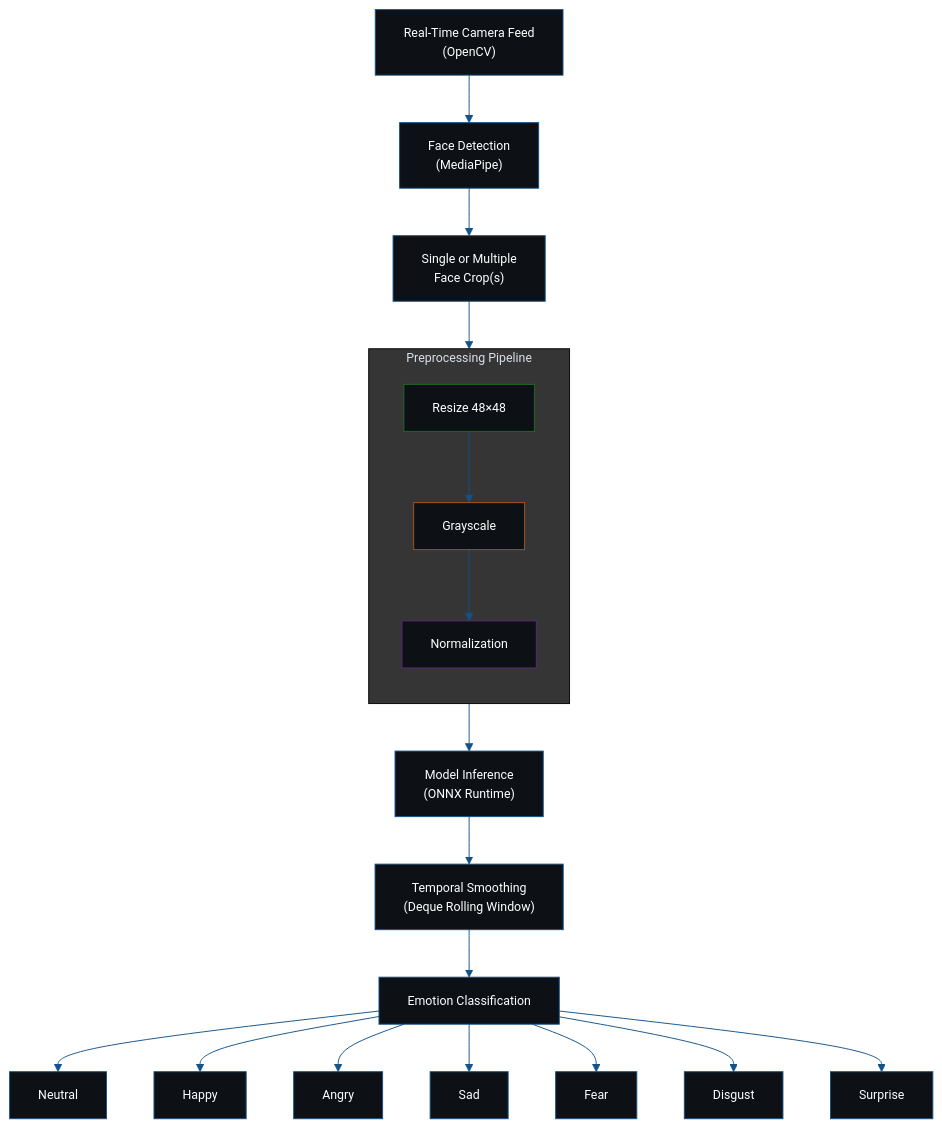
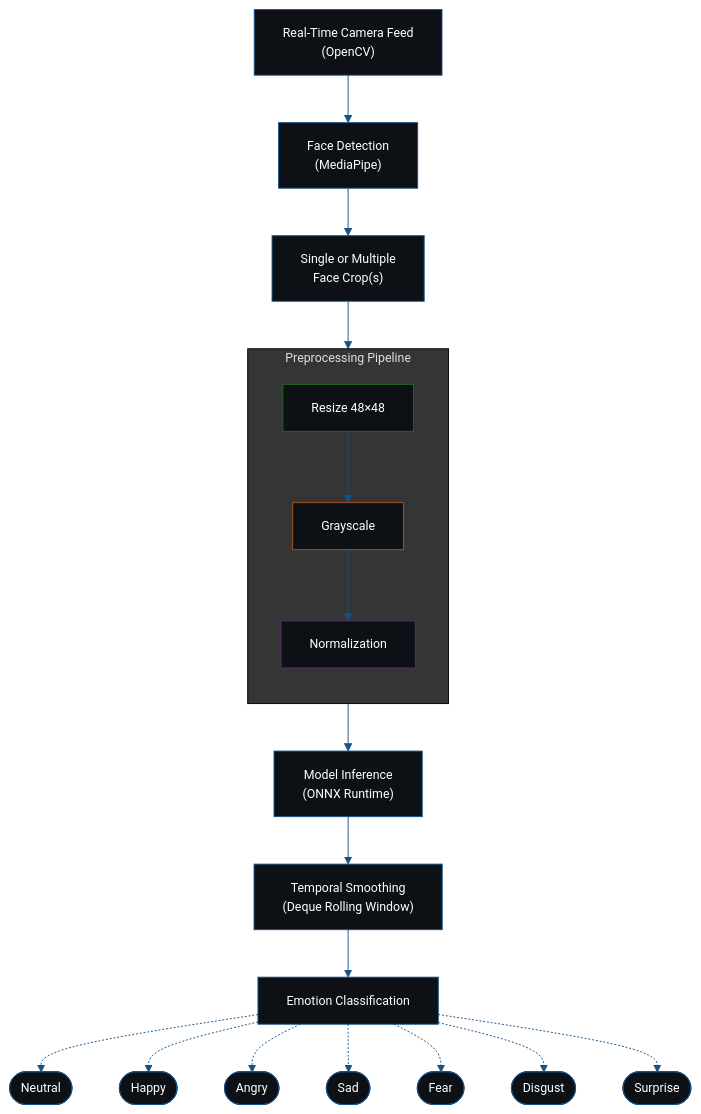
One commit to NkL-M/Real-Time-Facial-Emotion-Recognition changed the diagram in README.md. Above: the diagram before and after it, drawn with Mermaid.

````diff
--- a/README.md
+++ b/README.md
@@ -150,49 +150,49 @@
 ```mermaid
 %%{init: {'theme':'base','themeVariables':{
   'primaryColor':'#0d1116',
   'primaryTextColor':'#ffffff',
   'primaryBorderColor':'#145288',
   'lineColor':'#145288',
   'fontFamily':'JetBrains Mono',
   'fontSize':'13px'
 }}}%%
 flowchart TB
   P0["Real-Time Camera Feed
   (OpenCV)"]
   P0 --> P1["Face Detection
   (MediaPipe)"]
   P1 --> P2["Single or Multiple
   Face Crop(s)"]
   P2 --> PRE
-  subgraph PRE["Preprocessing Pipeline"]
+  subgraph PRE[Preprocessing Pipeline]
   direction TB
   P4["Resize 48×48"]
   P4 --> P5["Grayscale"]
   P5 --> P6["Normalization"]
 end
 style PRE fill:#353535
 style P4 stroke:#1e6a22, color:#ffffff
 style P5 stroke:#a8551e, color:#ffffff
 style P6 stroke:#5b2a74, color:#ffffff
 
   P6 --> P7["Model Inference
   (ONNX Runtime)"]
   P7 --> P8["Temporal Smoothing
   (Deque Rolling Window)"]
-  P8 --> E["Emotion Classification"]
-  E --> N["Neutral"]
-  E --> H["Happy"]
-  E --> A["Angry"]
-  E --> S["Sad"]
-  E --> F["Fear"]
-  E --> D["Disgust"]
-  E --> SU["Surprise"]
+  P8 --> E[Emotion Classification]
+  E -.-> N(["Neutral"])
+  E -.-> H(["Happy"])
+  E -.-> A(["Angry"])
+  E -.-> S(["Sad"])
+  E -.-> F(["Fear"])
+  E -.-> D(["Disgust"])
+  E -.-> SU(["Surprise"])
 
 style N stroke:#145288, color:#ffffff
 style H stroke:#145288, color:#ffffff
 style A stroke:#145288, color:#ffffff
 style S stroke:#145288, color:#ffffff
 style F stroke:#145288, color:#ffffff
 style D stroke:#145288, color:#ffffff
 style SU stroke:#145288, color:#ffffff
 ```
````
